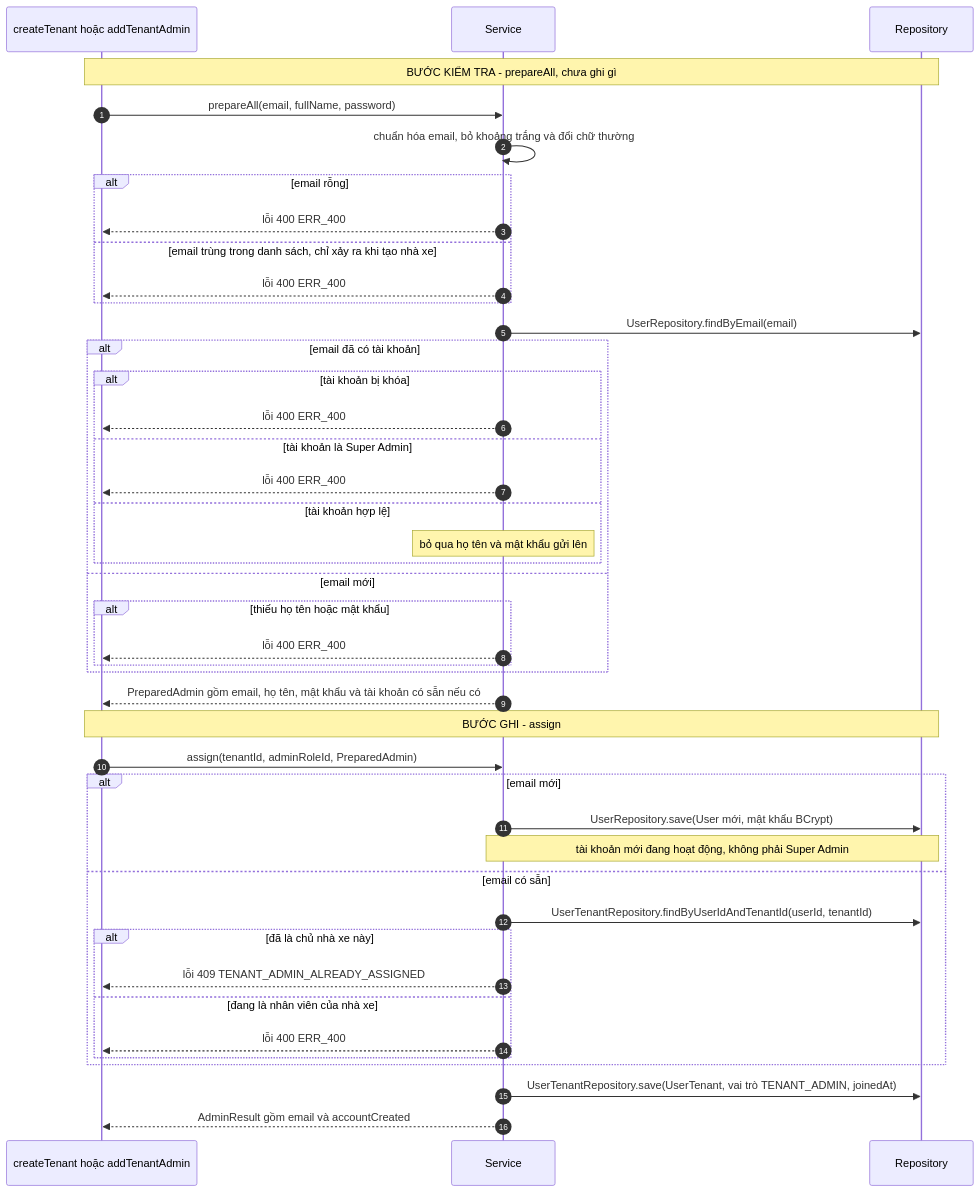
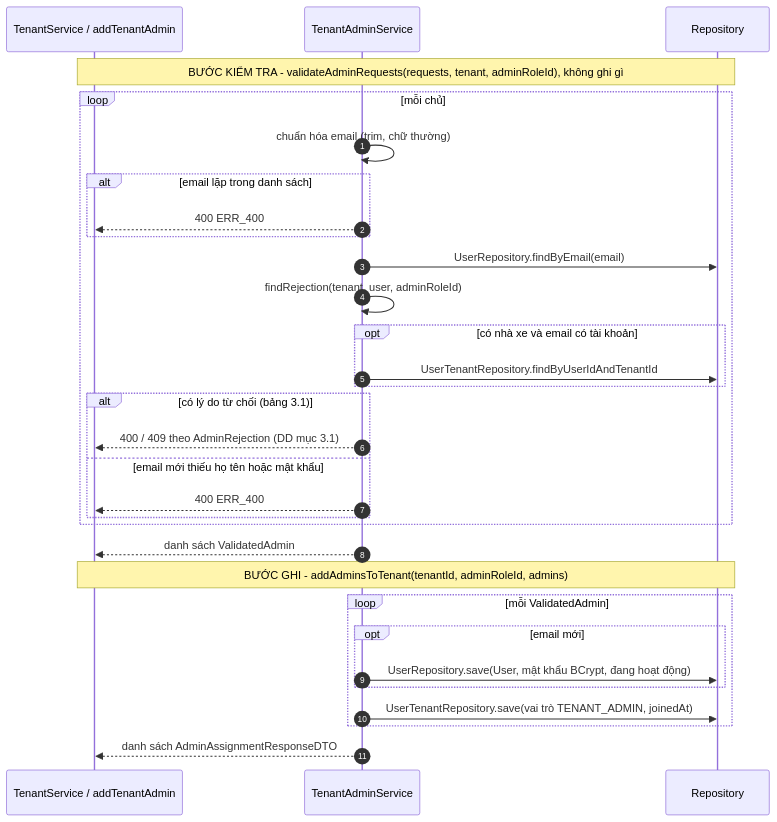
The second of 11 diagrams in docs/plans/tenant/2026-10-19-tenant-api-spec.md (foodboi88/car-rental-saas), drawn with Mermaid before and after one commit. The commit also changed other lines of this file and 9 other files, not shown here.

First line of the commit message:
feature/huynq7: chặn admins null, bổ sung test tenant, đồng bộ tài liệu

````diff
--- a/docs/plans/tenant/2026-10-19-tenant-api-spec.md
+++ b/docs/plans/tenant/2026-10-19-tenant-api-spec.md
@@ -95,45 +93,33 @@
 ```mermaid
 sequenceDiagram
   autonumber
-  participant G as createTenant hoặc addTenantAdmin
-  participant S as Service
+  participant G as TenantService / addTenantAdmin
+  participant A as TenantAdminService
   participant R as Repository
-  Note over G,R: BƯỚC KIỂM TRA - prepareAll, chưa ghi gì
-  G->>S: prepareAll(email, fullName, password)
-  S->>S: chuẩn hóa email, bỏ khoảng trắng và đổi chữ thường
-  alt email rỗng
-    S-->>G: lỗi 400 ERR_400
-  else email trùng trong danh sách, chỉ xảy ra khi tạo nhà xe
-    S-->>G: lỗi 400 ERR_400
-  end
-  S->>R: UserRepository.findByEmail(email)
-  alt email đã có tài khoản
-    alt tài khoản bị khóa
-      S-->>G: lỗi 400 ERR_400
-    else tài khoản là Super Admin
-      S-->>G: lỗi 400 ERR_400
-    else tài khoản hợp lệ
-      Note over S: bỏ qua họ tên và mật khẩu gửi lên
+  Note over G,R: BƯỚC KIỂM TRA - validateAdminRequests(requests, tenant, adminRoleId), không ghi gì
+  loop mỗi chủ
+    A->>A: chuẩn hóa email (trim, chữ thường)
+    alt email lặp trong danh sách
+      A-->>G: 400 ERR_400
     end
-  else email mới
-    alt thiếu họ tên hoặc mật khẩu
-      S-->>G: lỗi 400 ERR_400
+    A->>R: UserRepository.findByEmail(email)
+    A->>A: findRejection(tenant, user, adminRoleId)
+    opt có nhà xe và email có tài khoản
+      A->>R: UserTenantRepository.findByUserIdAndTenantId
+    end
+    alt có lý do từ chối (bảng 3.1)
+    A-->>G: 400 / 409 theo AdminRejection (DD mục 3.1)
+    else email mới thiếu họ tên hoặc mật khẩu
+      A-->>G: 400 ERR_400
     end
   end
-  S-->>G: PreparedAdmin gồm email, họ tên, mật khẩu và tài khoản có sẵn nếu có
-  Note over G,R: BƯỚC GHI - assign
-  G->>S: assign(tenantId, adminRoleId, PreparedAdmin)
-  alt email mới
-    S->>R: UserRepository.save(User mới, mật khẩu BCrypt)
-    Note over S,R: tài khoản mới đang hoạt động, không phải Super Admin
-  else email có sẵn
-    S->>R: UserTenantRepository.findByUserIdAndTenantId(userId, tenantId)
-    alt đã là chủ nhà xe này
-      S-->>G: lỗi 409 TENANT_ADMIN_ALREADY_ASSIGNED
-    else đang là nhân viên của nhà xe
-      S-->>G: lỗi 400 ERR_400
+  A-->>G: danh sách ValidatedAdmin
+  Note over G,R: BƯỚC GHI - addAdminsToTenant(tenantId, adminRoleId, admins)
+  loop mỗi ValidatedAdmin
+    opt email mới
+      A->>R: UserRepository.save(User, mật khẩu BCrypt, đang hoạt động)
     end
+    A->>R: UserTenantRepository.save(vai trò TENANT_ADMIN, joinedAt)
   end
-  S->>R: UserTenantRepository.save(UserTenant, vai trò TENANT_ADMIN, joinedAt)
-  S-->>G: AdminResult gồm email và accountCreated
+  A-->>G: danh sách AdminAssignmentResponseDTO
 ```
````
